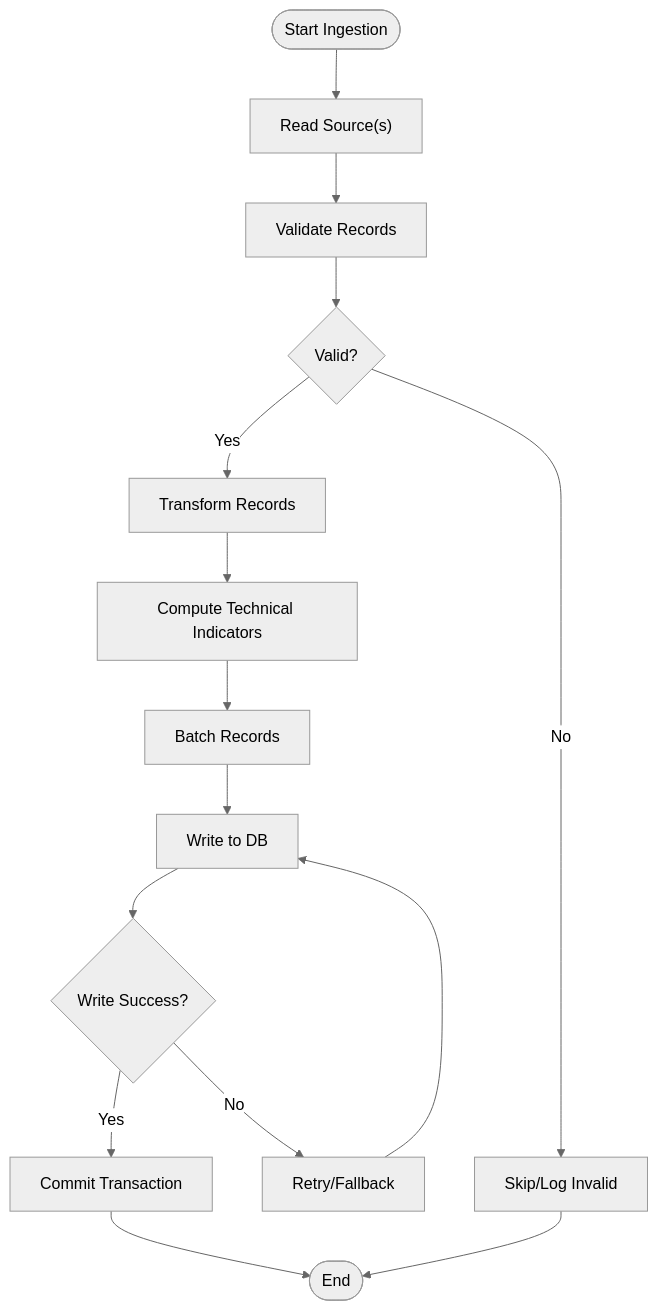
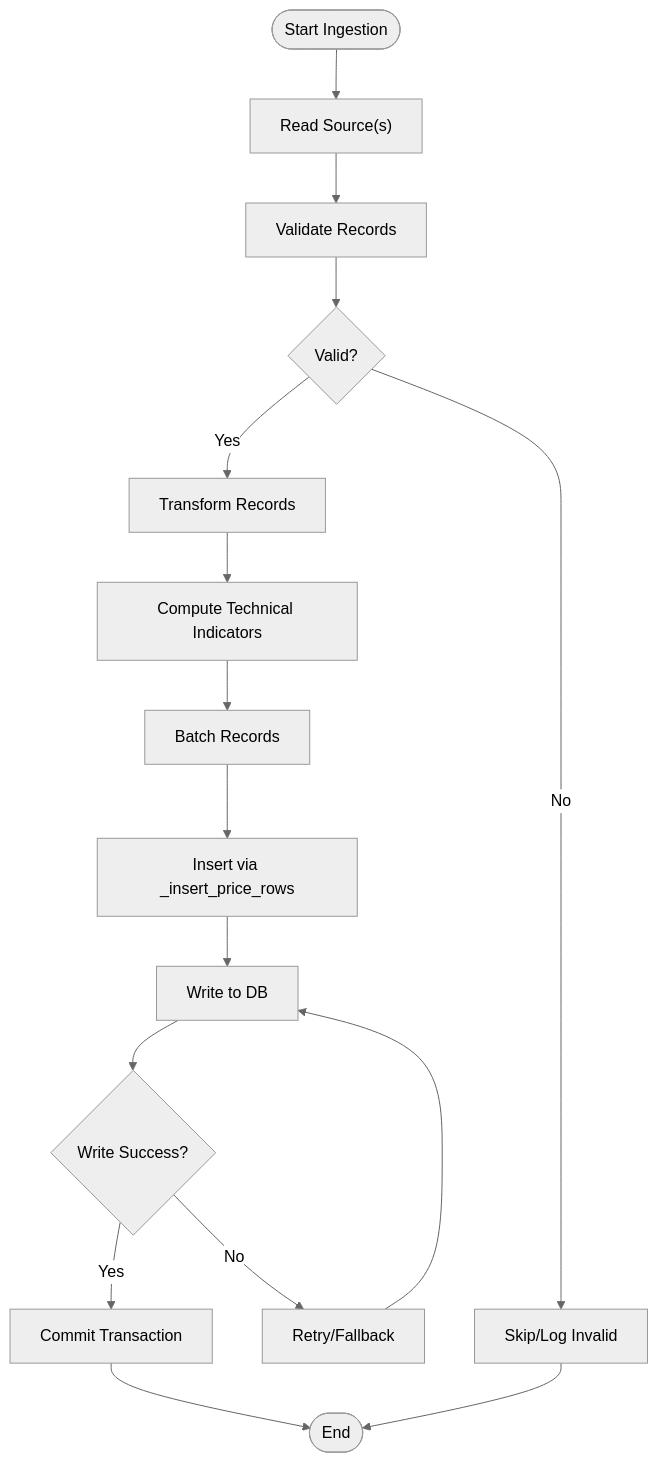
Before and after one commit to ZengSeng/telegram-bot: the sixth of 21 diagrams in .qoder/repowiki/en/content/Core Components/Data Engineering Module/Data Engineering Module.md, drawn with Mermaid (neutral theme). The commit also changed other lines of this file and 15 other files, not shown here.

````diff
--- a/.qoder/repowiki/en/content/Core Components/Data Engineering Module/Data Engineering Module.md
+++ b/.qoder/repowiki/en/content/Core Components/Data Engineering Module/Data Engineering Module.md
@@ -444,17 +477,18 @@
 ```mermaid
 flowchart TD
 Start(["Start Ingestion"]) --> ReadSource["Read Source(s)"]
 ReadSource --> Validate["Validate Records"]
 Validate --> Valid{"Valid?"}
 Valid --> |No| Skip["Skip/Log Invalid"]
 Valid --> |Yes| Transform["Transform Records"]
 Transform --> TechIndicators["Compute Technical Indicators"]
 TechIndicators --> Batch["Batch Records"]
-Batch --> Write["Write to DB"]
+Batch --> InsertPriceRows["Insert via _insert_price_rows"]
+InsertPriceRows --> Write["Write to DB"]
 Write --> Success{"Write Success?"}
 Success --> |No| Retry["Retry/Fallback"]
 Success --> |Yes| Commit["Commit Transaction"]
 Retry --> Write
 Commit --> End(["End"])
 Skip --> End
 ```
````
